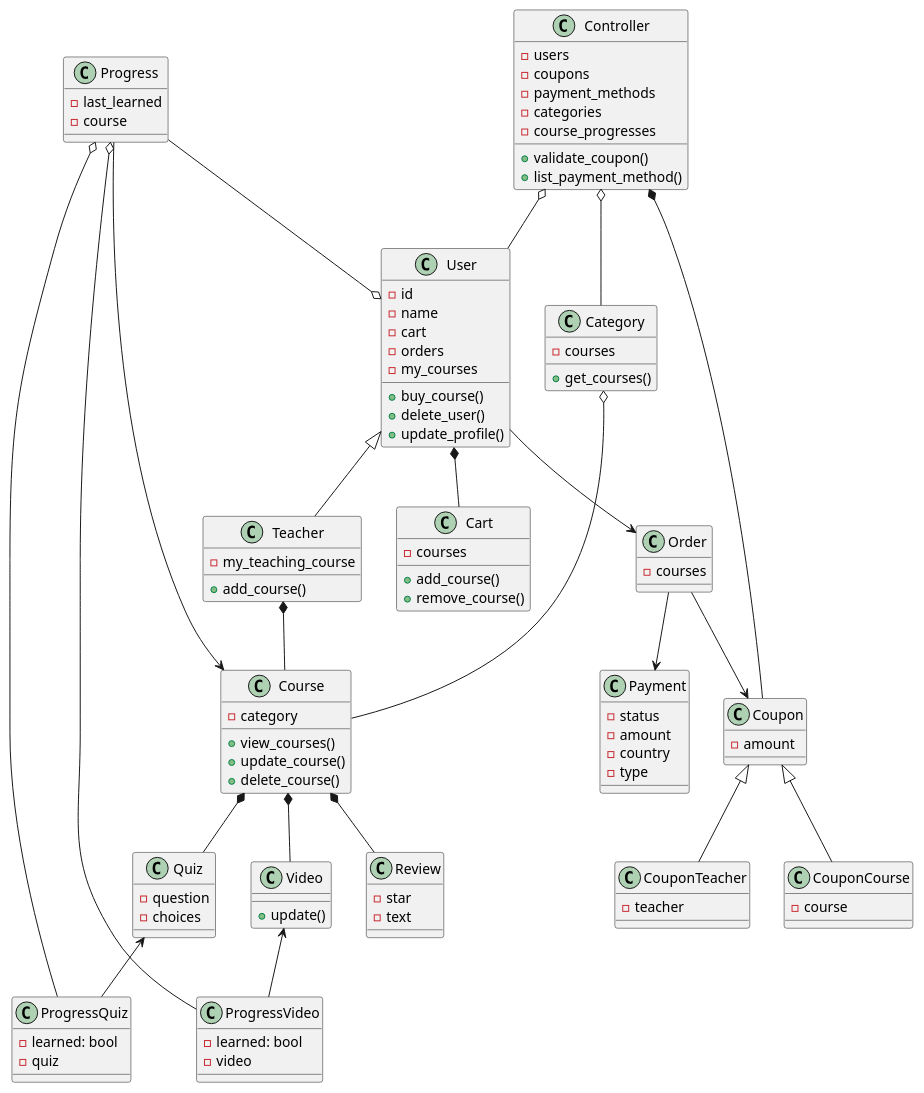
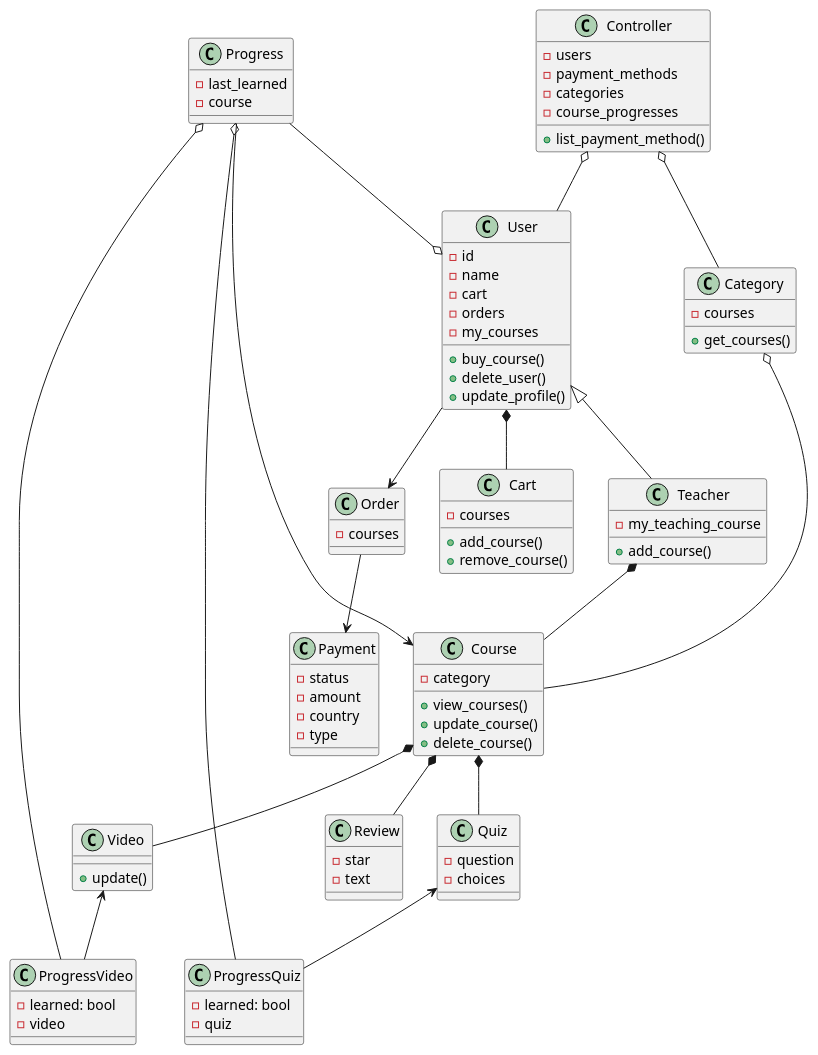
Before and after one commit to KMITLSuicide/KMITL-ObjectOrientedProgramming-Project: the diagram in diagrams/plantuml/class_diagram.puml, drawn with PlantUML.

Commit message:
docs(diagrams): :art: Deleted coupon class

```diff
--- a/diagrams/plantuml/class_diagram.puml
+++ b/diagrams/plantuml/class_diagram.puml
@@ -1,143 +1,126 @@
 @startuml Udemy Class Diagram
 
 class Controller {
     -users
-    -coupons
     -payment_methods
     -categories
     -course_progresses
-    +validate_coupon()
     +list_payment_method()
 }
 
 class User {
     -id 
     -name
     -cart
     -orders
     -my_courses
     +buy_course()
     +delete_user()
     +update_profile()
 }
 
 class Teacher {
     -my_teaching_course
     +add_course()
 }
 
 class Course {
     -category
     +view_courses()
     +update_course()
     +delete_course()
 }
 
 class Category {
     -courses
     +get_courses()
 }
 
 class Progress {
     -last_learned
     -course
 }
 
 class ProgressVideo {
     -learned: bool
     -video
 }
 
 class ProgressQuiz {
     -learned: bool
     -quiz
 }
 
 class Video {
     +update()
 }
 
 class Quiz {
     -question
     -choices
 }
 
 class Cart {
     -courses
     +add_course()
     +remove_course()
 }
 
 class Payment {
     -status
     -amount
     -country
     -type
 }
 
 class Order {
     -courses
 }
 
-class Coupon {
-    -amount
-}
-
-class CouponCourse {
-    -course
-}
-
-class CouponTeacher {
-    -teacher
-}
 
 class Review {
     -star
     -text
 }
 
 Controller o-- User
-Controller *-- Coupon
 Controller o-- Category
 User <|-- Teacher
 User *-- Cart
 User --> Order
-Order --> Coupon
 Order --> Payment
-Coupon <|-- CouponCourse
-Coupon <|-- CouponTeacher
 Teacher *-- Course
 Progress o-- ProgressVideo
 Progress o-- ProgressQuiz
 Progress --> Course
 Progress --o User
 Video <-- ProgressVideo
 Quiz <-- ProgressQuiz
 Course *-- Video
 Course *-- Quiz
 Course *-- Review
 Category o-- Course
 
 ' Controller "1" o-- "0..*" User
 ' Controller "1" *-- "0..*" Coupon
 ' Controller "1" o-- "0..*" Category
 ' User <|-- "0..*" Teacher
 ' User "1" *-- "0..*" Cart
 ' User "1" --> "0..*" Order
 ' Order "1" --> "0..*" Coupon
 ' Order "1" --> "0..*" Payment
 ' Coupon <|-- "0..*" CouponCourse
 ' Coupon <|-- "0..*" CouponTeacher
 ' Teacher "1" *-- "0..*" Course
 ' Progress "1" o-- "0..*" ProgressVideo
 ' Progress "1" o-- "0..*" ProgressQuiz
 ' Progress "1" --> "0..*" Course
 ' Progress "1" --o "0..*" User
 ' Video <|-- ProgressVideo
 ' Quiz <|-- ProgressQuiz
 ' Course "1" *-- "0..*" Video
 ' Course "1" *-- "0..*" Quiz
 ' Course "1" *-- "0..*" Review
 ' Category "1" o-- "0..*" Course
 
 @enduml
```
